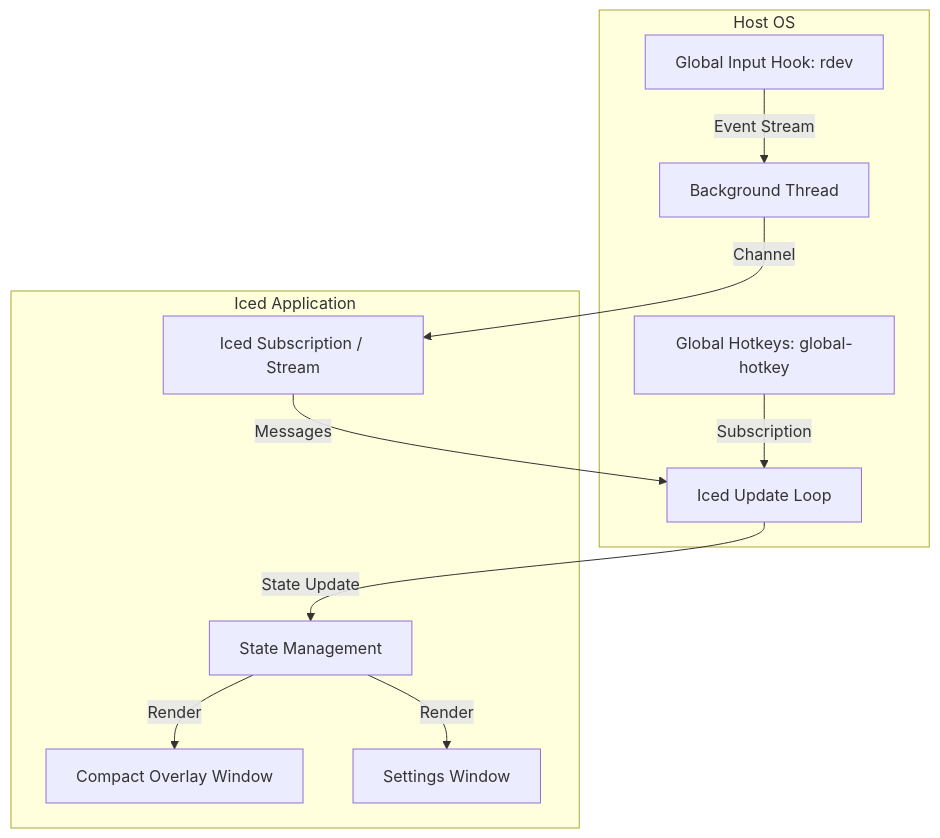
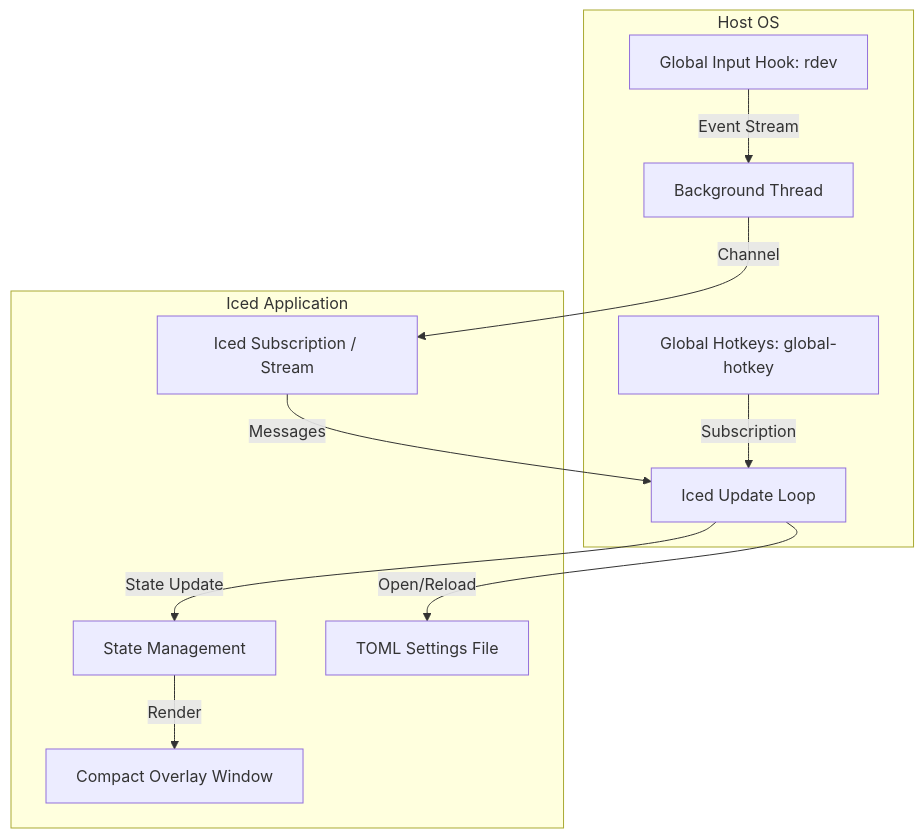
Before and after one commit to Charlie-XIAO/echoinput: the diagram in DESIGN.md, drawn with Mermaid. The commit also changed other lines of this file and 18 other files, not shown here.

````diff
--- a/DESIGN.md
+++ b/DESIGN.md
@@ -19,14 +19,14 @@
 ```mermaid
 graph TD
     subgraph Host OS
         A[Global Input Hook: rdev] -- Event Stream --> B[Background Thread]
         H[Global Hotkeys: global-hotkey] -- Subscription --> D
     end
     subgraph Iced Application
         B -- Channel --> C[Iced Subscription / Stream]
         C -- Messages --> D[Iced Update Loop]
         D -- State Update --> E[State Management]
         E -- Render --> F[Compact Overlay Window]
-        E -- Render --> G[Settings Window]
+        D -- Open/Reload --> G[TOML Settings File]
     end
 ```
````
